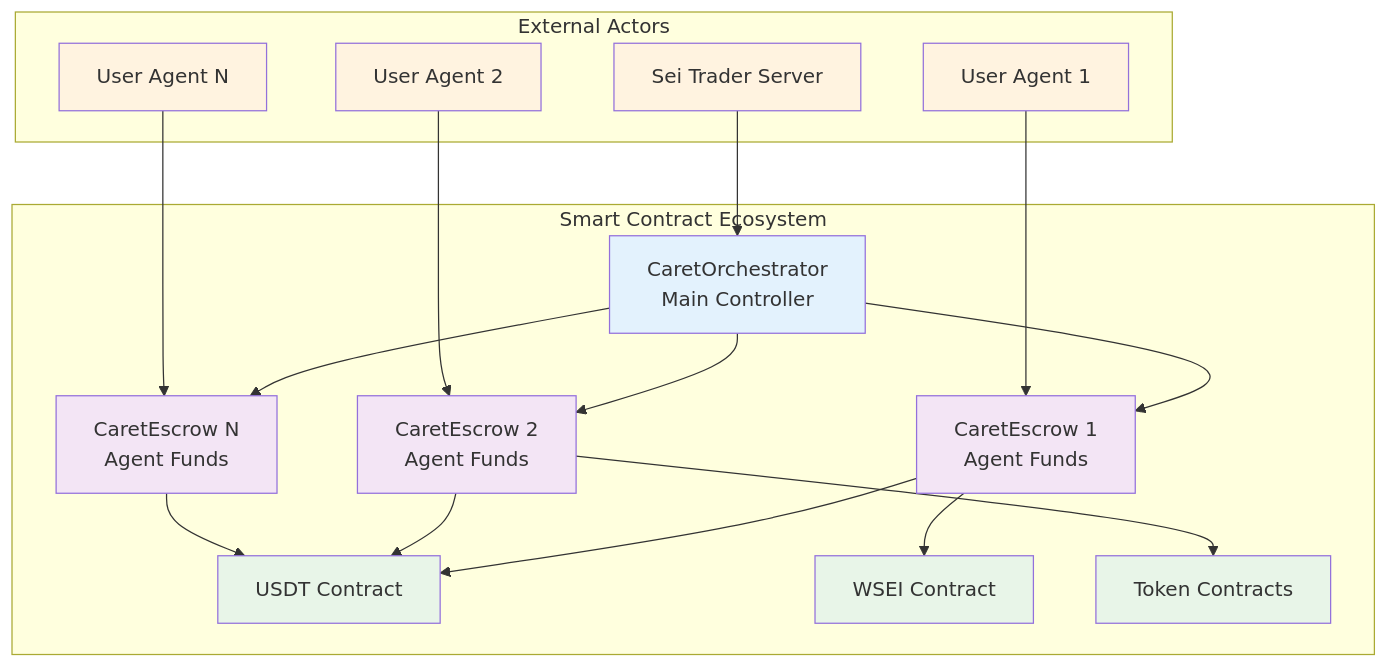
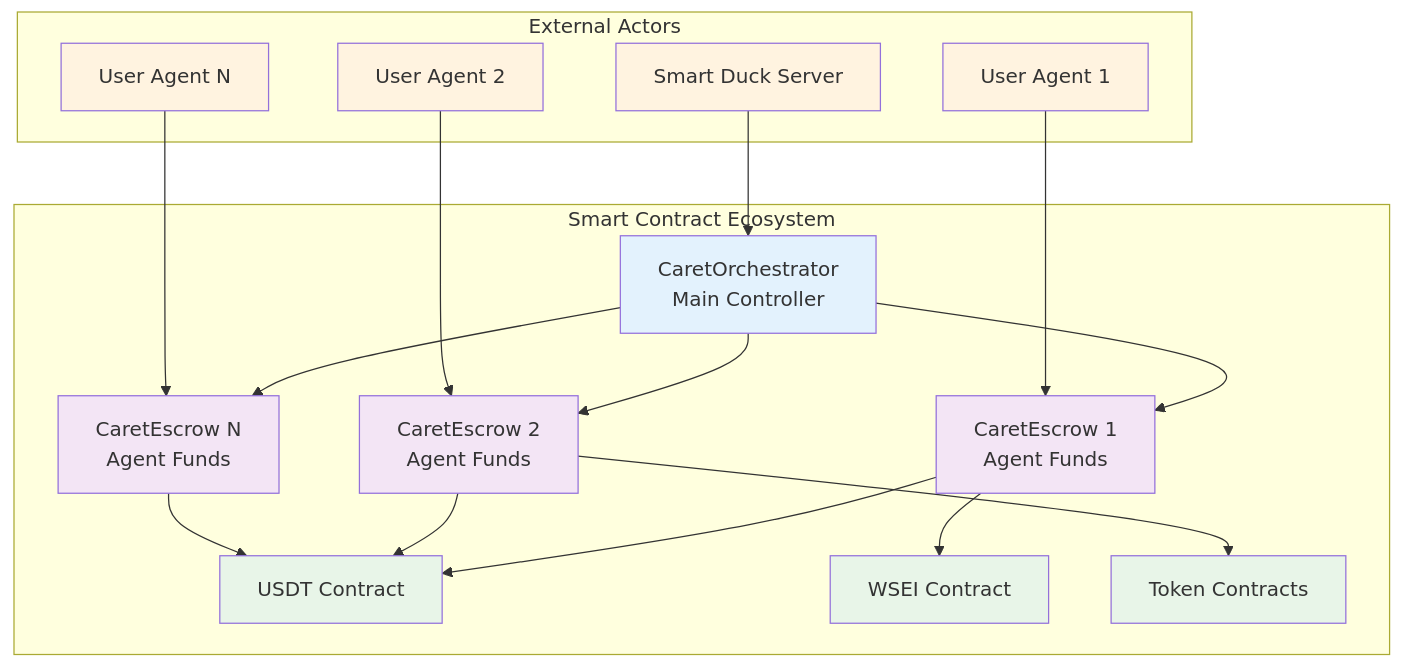
The diagram in src/client/public/docs/guide/smart-contracts/overview.md (3ickleonerd/sei-trader), drawn with Mermaid before and after one commit. The commit also changed other lines of this file and 11 other files, not shown here.

````diff
--- a/src/client/public/docs/guide/smart-contracts/overview.md
+++ b/src/client/public/docs/guide/smart-contracts/overview.md
@@ -7,42 +7,42 @@
 ```mermaid
 graph TB
     subgraph "Smart Contract Ecosystem"
         ORCH[CaretOrchestrator<br/>Main Controller]
         ESC1[CaretEscrow 1<br/>Agent Funds]
         ESC2[CaretEscrow 2<br/>Agent Funds]
         ESC3[CaretEscrow N<br/>Agent Funds]
         TOKEN1[USDT Contract]
         TOKEN2[WSEI Contract]
         TOKEN3[Token Contracts]
     end
     
     subgraph "External Actors"
-        SERVER[Sei Trader Server]
+        SERVER[Smart Duck Server]
         USER1[User Agent 1]
         USER2[User Agent 2]
         USER3[User Agent N]
     end
     
     SERVER --> ORCH
     ORCH --> ESC1
     ORCH --> ESC2
     ORCH --> ESC3
     USER1 --> ESC1
     USER2 --> ESC2
     USER3 --> ESC3
     ESC1 --> TOKEN1
     ESC1 --> TOKEN2
     ESC2 --> TOKEN1
     ESC2 --> TOKEN3
     ESC3 --> TOKEN1
     
     classDef contract fill:#e3f2fd
     classDef escrow fill:#f3e5f5
     classDef token fill:#e8f5e8
     classDef external fill:#fff3e0
     
     class ORCH contract
     class ESC1,ESC2,ESC3 escrow
     class TOKEN1,TOKEN2,TOKEN3 token
     class SERVER,USER1,USER2,USER3 external
 ```
````
